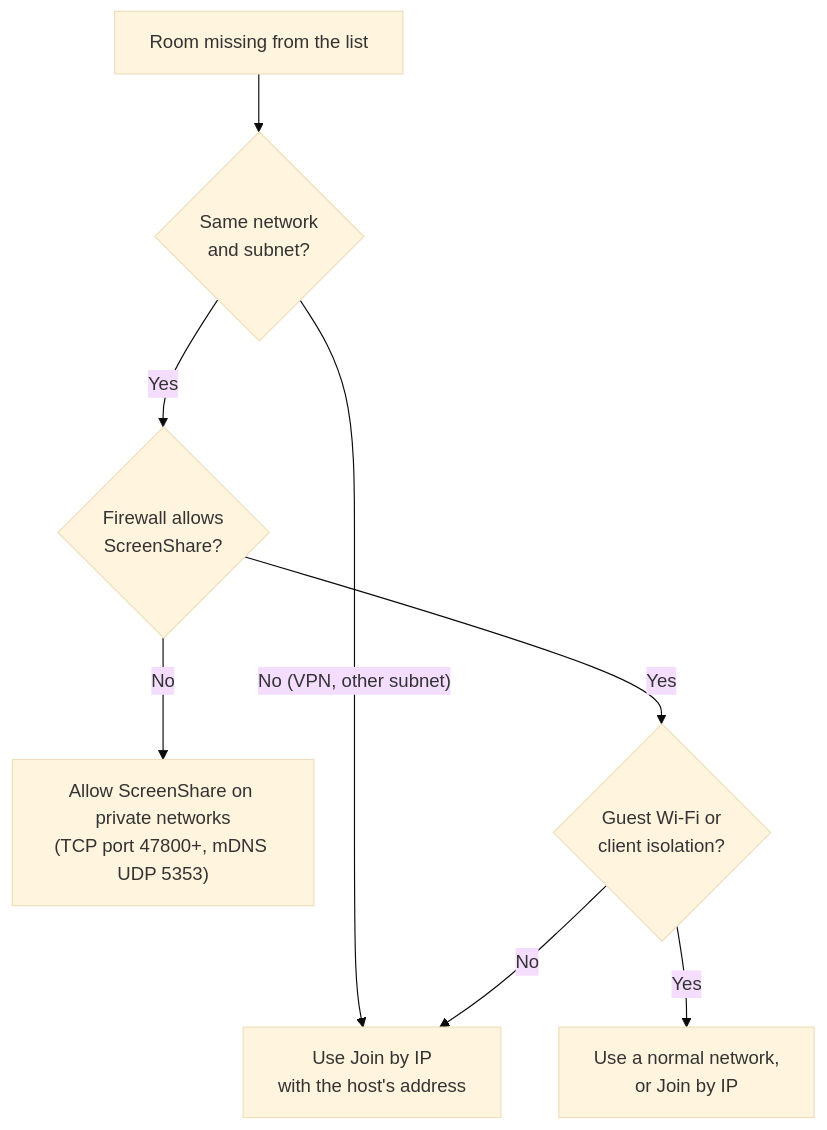
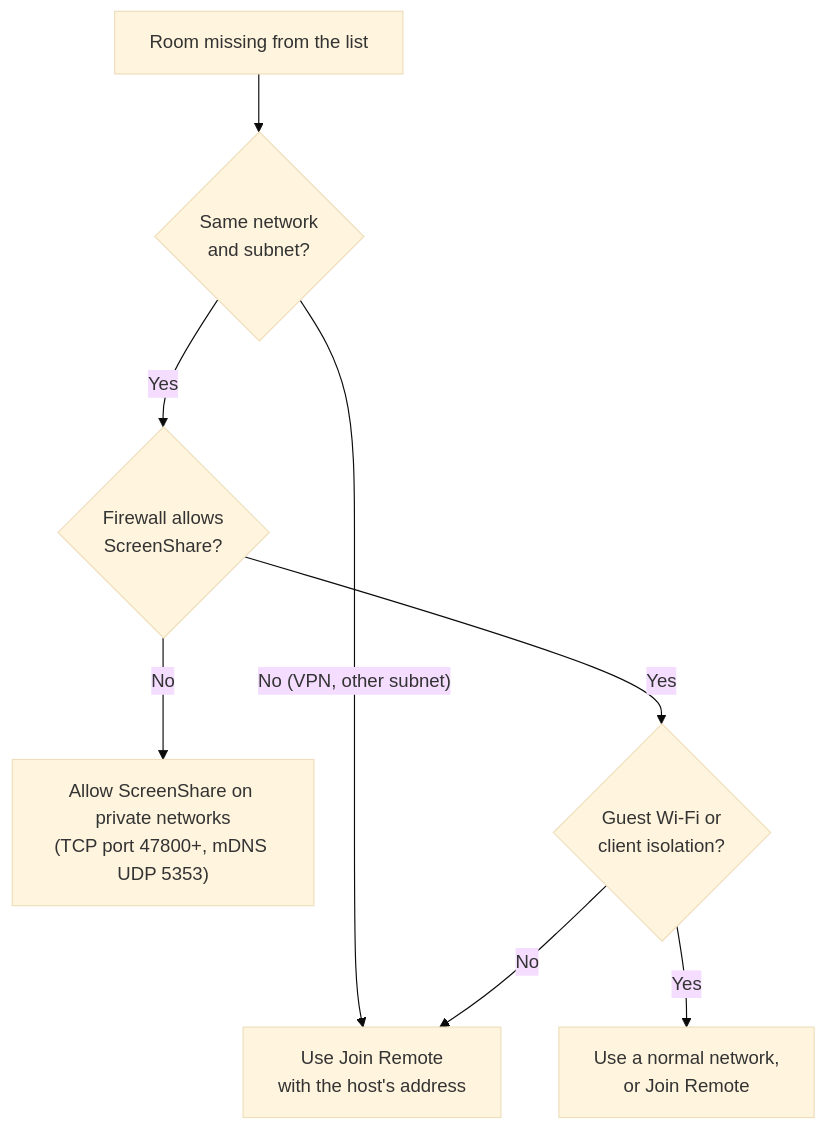
The diagram in docs/en-US/troubleshooting.md (nsfxu/lan-screenshare), drawn with Mermaid (base theme) before and after one commit. The commit also changed other lines of this file and 44 other files, not shown here.

````diff
--- a/docs/en-US/troubleshooting.md
+++ b/docs/en-US/troubleshooting.md
@@ -22,10 +22,10 @@
 ```mermaid
 flowchart TD
   A["Room missing from the list"] --> B{"Same network<br/>and subnet?"}
-  B -->|"No (VPN, other subnet)"| C["Use Join by IP<br/>with the host's address"]
+  B -->|"No (VPN, other subnet)"| C["Use Join Remote<br/>with the host's address"]
   B -->|Yes| D{"Firewall allows<br/>ScreenShare?"}
   D -->|No| E["Allow ScreenShare on private networks<br/>(TCP port 47800+, mDNS UDP 5353)"]
   D -->|Yes| F{"Guest Wi-Fi or<br/>client isolation?"}
-  F -->|Yes| G["Use a normal network,<br/>or Join by IP"]
+  F -->|Yes| G["Use a normal network,<br/>or Join Remote"]
   F -->|No| C
 ```
````
